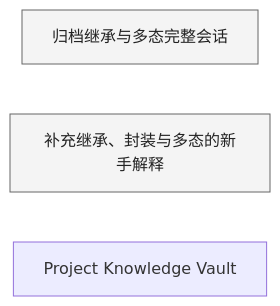
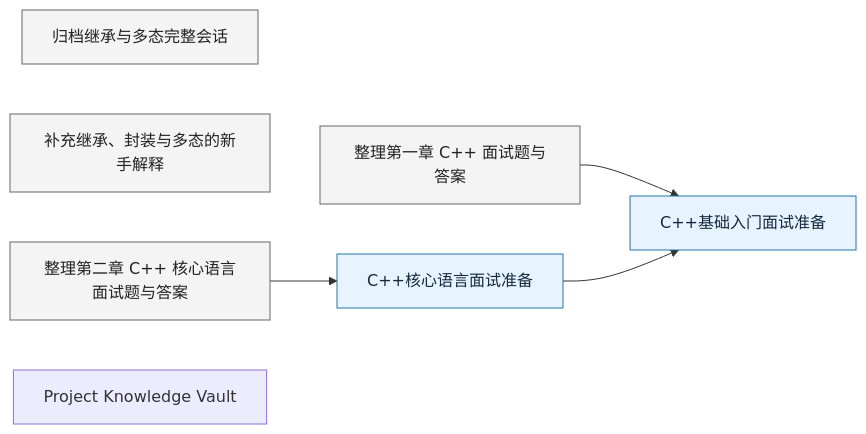
One commit to 18828644614/C- changed the diagram in .knowledge-vault/graph.md. Above: the diagram before and after it, drawn with Mermaid. The commit also changed other lines of this file and 11 other files, not shown here.

````diff
--- a/.knowledge-vault/graph.md
+++ b/.knowledge-vault/graph.md
@@ -5,14 +5,25 @@
 ```mermaid
 graph LR
     n0["归档继承与多态完整会话"]
     class n0 session
     n1["补充继承、封装与多态的新手解释"]
     class n1 session
-    n2["Project Knowledge Vault"]
+    n2["整理第一章 C++ 面试题与答案"]
+    class n2 session
+    n3["整理第二章 C++ 核心语言面试题与答案"]
+    class n3 session
+    n4["C++基础入门面试准备"]
+    class n4 topic
+    n5["C++核心语言面试准备"]
+    class n5 topic
+    n6["Project Knowledge Vault"]
+    n2 --> n4
+    n3 --> n5
+    n5 --> n4
     classDef session fill:#f4f4f4,stroke:#666,color:#222
     classDef topic fill:#e7f3ff,stroke:#2774a8,color:#13293d
     classDef decision fill:#fff2cc,stroke:#a67c00,color:#3d3000
     classDef runbook fill:#e5f5e0,stroke:#3a7d44,color:#173d1d
     classDef snippet fill:#f3e8ff,stroke:#7651a8,color:#2f1b47
     classDef archived fill:#eeeeee,stroke:#999,color:#555
 ```
````
